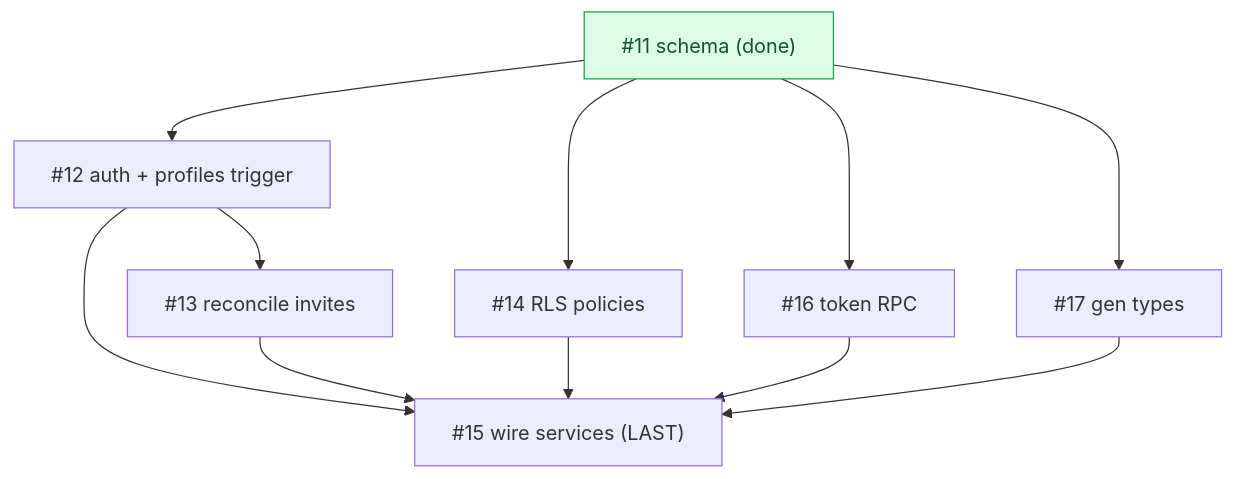
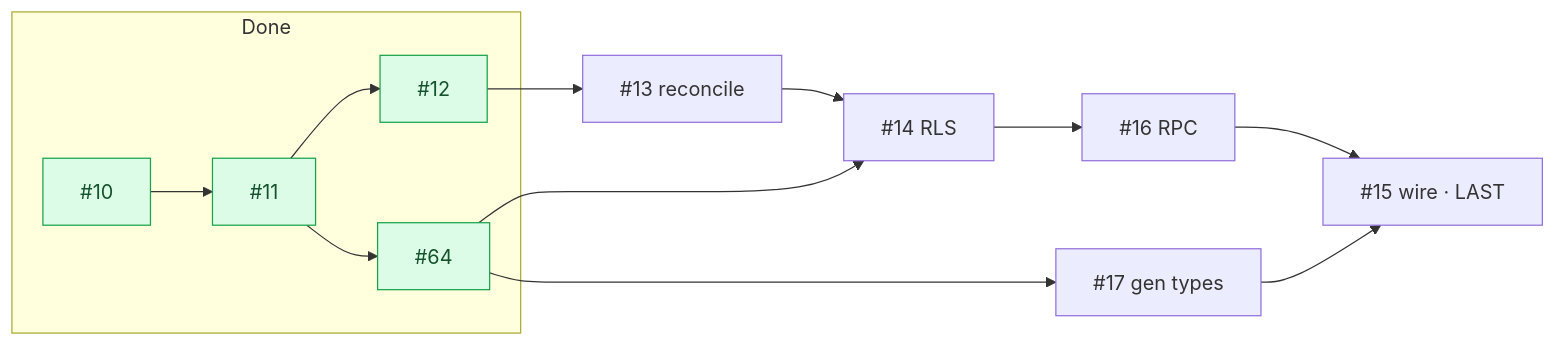
Before and after one commit to zestones/vista: the diagram in docs/audits/milestone-Phase 2 - Backend Supabase & auth-audit.md, drawn with Mermaid. The commit also changed other lines of this file, not shown here.

````diff
--- a/docs/audits/milestone-Phase 2 - Backend Supabase & auth-audit.md
+++ b/docs/audits/milestone-Phase 2 - Backend Supabase & auth-audit.md
@@ -21,15 +22,16 @@
 ```mermaid
-graph TD
-  I11["#11 schema (done)"] --> I12["#12 auth + profiles trigger"]
-  I12 --> I13["#13 reconcile invites"]
-  I11 --> I14["#14 RLS policies"]
-  I11 --> I16["#16 token RPC"]
-  I11 --> I17["#17 gen types"]
-  I12 --> I15
-  I13 --> I15
-  I14 --> I15
+graph LR
+  subgraph Done
+    I10[#10] --> I11[#11] --> I64[#64]
+    I11 --> I12[#12]
+  end
+  I12 --> I13[#13 reconcile]
+  I13 --> I14[#14 RLS]
+  I64 --> I14
+  I14 --> I16[#16 RPC]
+  I64 --> I17[#17 gen types]
   I16 --> I15
-  I17 --> I15["#15 wire services (LAST)"]
+  I17 --> I15[#15 wire · LAST]
   classDef done fill:#dcfce7,stroke:#16a34a,color:#14532d;
-  class I11 done;
+  class I10,I11,I64,I12 done;
 ```
````
